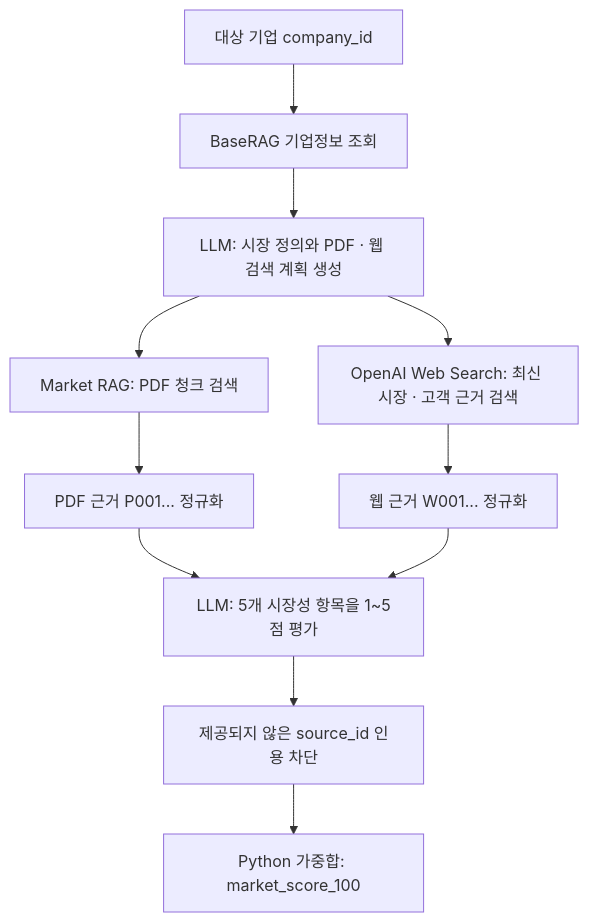
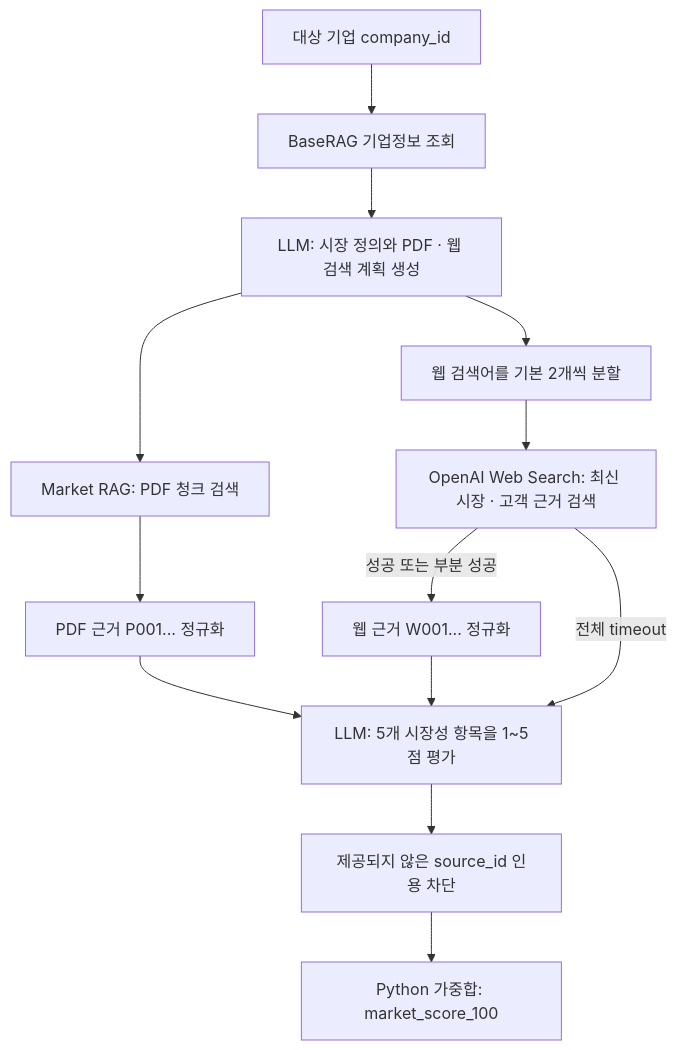
The fourth of 9 diagrams in README.md (SKALA-BlackRubberShoes/gicheol), drawn with Mermaid before and after one commit. The commit also changed other lines of this file and 6 other files, not shown here.

````diff
--- a/README.md
+++ b/README.md
@@ -140,13 +140,15 @@
 ```mermaid
 flowchart TD
     A["대상 기업 company_id"] --> B["BaseRAG 기업정보 조회"]
     B --> C["LLM: 시장 정의와 PDF · 웹 검색 계획 생성"]
     C --> D["Market RAG: PDF 청크 검색"]
-    C --> E["OpenAI Web Search: 최신 시장 · 고객 근거 검색"]
+    C --> E["웹 검색어를 기본 2개씩 분할"]
+    E --> E2["OpenAI Web Search: 최신 시장 · 고객 근거 검색"]
     D --> F["PDF 근거 P001... 정규화"]
-    E --> G["웹 근거 W001... 정규화"]
+    E2 -->|성공 또는 부분 성공| G["웹 근거 W001... 정규화"]
+    E2 -->|전체 timeout| H
     F --> H["LLM: 5개 시장성 항목을 1~5점 평가"]
     G --> H
     H --> I["제공되지 않은 source_id 인용 차단"]
     I --> J["Python 가중합: market_score_100"]
 ```
````
